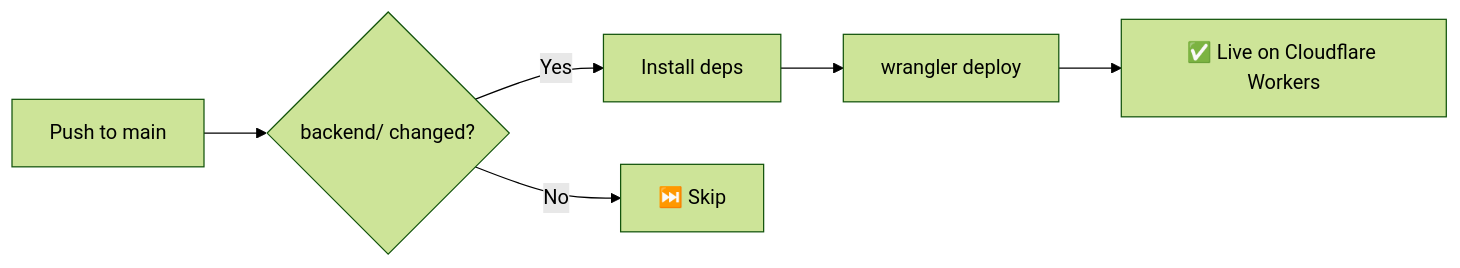
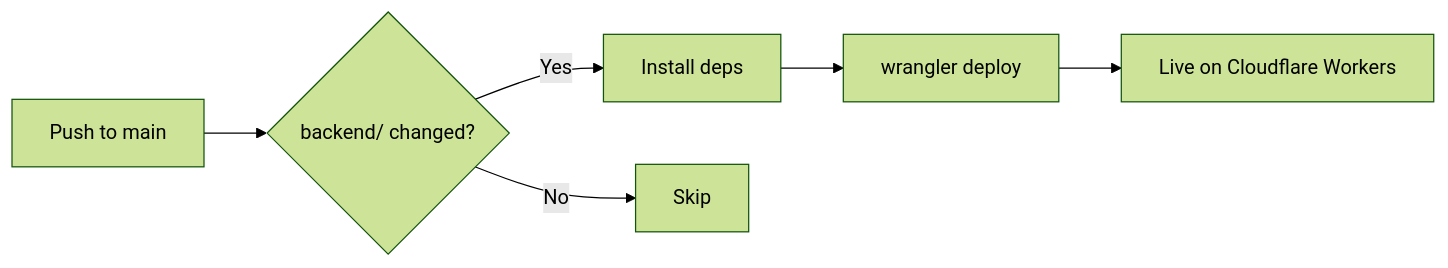
One commit to Nut-Natthawut/Pre_operative_Checklist changed the diagram in README.md. Above: the diagram before and after it, drawn with Mermaid (forest theme). The commit also changed other lines of this file, not shown here.

````diff
--- a/README.md
+++ b/README.md
@@ -266,8 +266,8 @@
 ```mermaid
 flowchart LR
     A["Push to main"] --> B{"backend/ changed?"}
     B -- Yes --> C["Install deps"]
     C --> D["wrangler deploy"]
-    D --> E["✅ Live on Cloudflare Workers"]
-    B -- No --> F["⏭️ Skip"]
+    D --> E["Live on Cloudflare Workers"]
+    B -- No --> F["Skip"]
 ```
````
